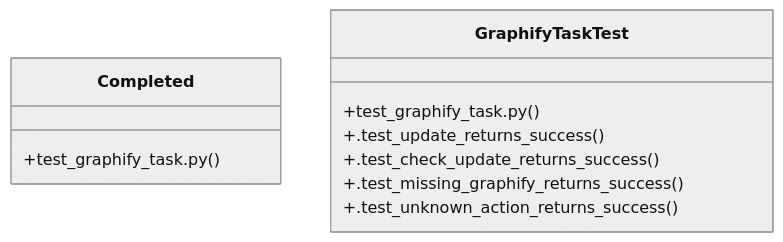
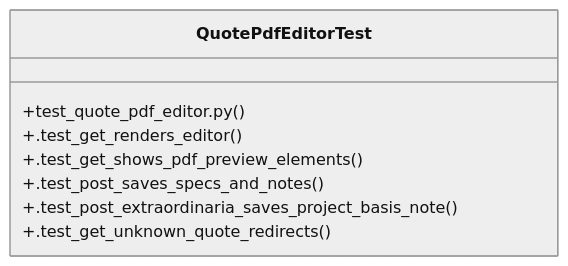
One commit to Daftrick/ProjectTracker changed the diagram in graphify-out/wiki/Community_27.md. Above: the diagram before and after it, drawn with Mermaid (neutral theme). The commit also changed other lines of this file and 373 other files, not shown here.

````diff
--- a/graphify-out/wiki/Community_27.md
+++ b/graphify-out/wiki/Community_27.md
@@ -19,13 +19,11 @@
 ```mermaid
 classDiagram
-    class Completed {
-        +test_graphify_task.py()
-    }
-    class GraphifyTaskTest {
-        +test_graphify_task.py()
-        +.test_update_returns_success()
-        +.test_check_update_returns_success()
-        +.test_missing_graphify_returns_success()
-        +.test_unknown_action_returns_success()
+    class QuotePdfEditorTest {
+        +test_quote_pdf_editor.py()
+        +.test_get_renders_editor()
+        +.test_get_shows_pdf_preview_elements()
+        +.test_post_saves_specs_and_notes()
+        +.test_post_extraordinaria_saves_project_basis_note()
+        +.test_get_unknown_quote_redirects()
     }
 ```
````
